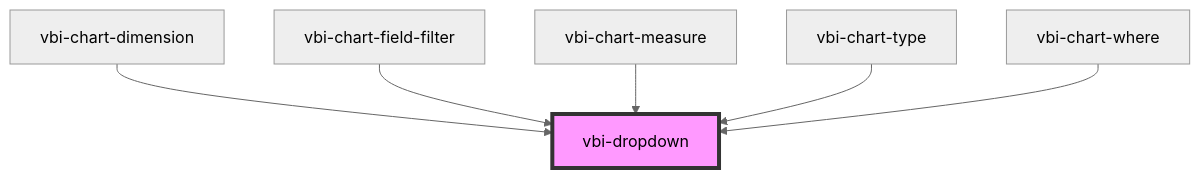
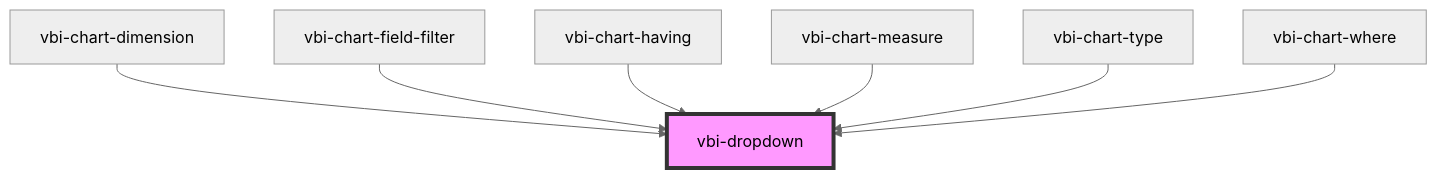
One commit to Ditto190/VBI-modme changed the diagram in packages/vbi-component/src/components/ui/vbi-dropdown/readme.md. Above: the diagram before and after it, drawn with Mermaid (neutral theme). The commit also changed other lines of this file and 20 other files, not shown here.

Commit message:
feat(vbi-component): add vbi-chart-having and vbi-chart-having-filter components

````diff
--- a/packages/vbi-component/src/components/ui/vbi-dropdown/readme.md
+++ b/packages/vbi-component/src/components/ui/vbi-dropdown/readme.md
@@ -38,9 +39,10 @@
 ```mermaid
 graph TD;
   vbi-chart-dimension --> vbi-dropdown
   vbi-chart-field-filter --> vbi-dropdown
+  vbi-chart-having --> vbi-dropdown
   vbi-chart-measure --> vbi-dropdown
   vbi-chart-type --> vbi-dropdown
   vbi-chart-where --> vbi-dropdown
   style vbi-dropdown fill:#f9f,stroke:#333,stroke-width:4px
 ```
````
